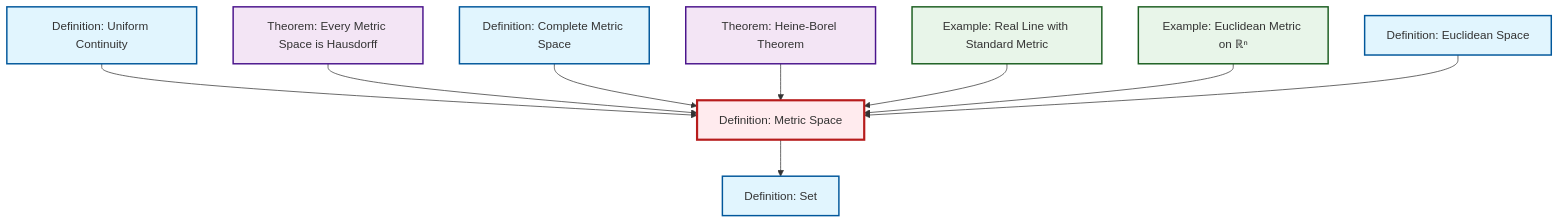
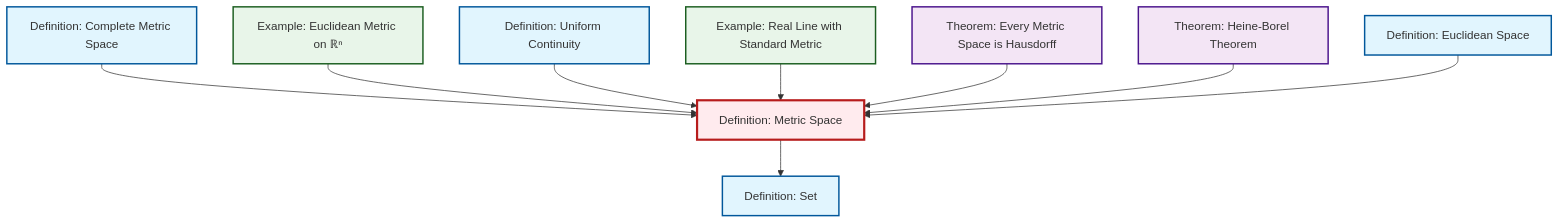
The diagram in content/ja/analysis/def-metric-space.qmd (RK0429/ModernMath), drawn with Mermaid before and after one commit. The commit also changed other lines of this file and 491 other files, not shown here.

````diff
--- a/content/ja/analysis/def-metric-space.qmd
+++ b/content/ja/analysis/def-metric-space.qmd
@@ -51,35 +51,35 @@
 ```{mermaid}
 %%| fig-cap: "Local dependency graph"
 graph TD
     classDef definition fill:#e1f5fe,stroke:#01579b,stroke-width:2px
     classDef theorem fill:#f3e5f5,stroke:#4a148c,stroke-width:2px
     classDef axiom fill:#fff3e0,stroke:#e65100,stroke-width:2px
     classDef example fill:#e8f5e9,stroke:#1b5e20,stroke-width:2px
     classDef current fill:#ffebee,stroke:#b71c1c,stroke-width:3px
+    ex-real-line-metric["Example: Real Line with Standard Metric"]:::example
+    def-complete-metric-space["Definition: Complete Metric Space"]:::definition
+    thm-heine-borel["Theorem: Heine-Borel Theorem"]:::theorem
+    ex-euclidean-metric["Example: Euclidean Metric on ℝⁿ"]:::example
+    def-uniform-continuity["Definition: Uniform Continuity"]:::definition
+    def-euclidean-space["Definition: Euclidean Space"]:::definition
+    def-set["Definition: Set"]:::definition
     def-metric-space["Definition: Metric Space"]:::definition
-    def-set["Definition: Set"]:::definition
-    ex-real-line-metric["Example: Real Line with Standard Metric"]:::example
-    ex-euclidean-metric["Example: Euclidean Metric on ℝⁿ"]:::example
-    def-complete-metric-space["Definition: Complete Metric Space"]:::definition
-    def-euclidean-space["Definition: Euclidean Space"]:::definition
-    thm-heine-borel["Theorem: Heine-Borel Theorem"]:::theorem
     thm-metric-hausdorff["Theorem: Every Metric Space is Hausdorff"]:::theorem
-    def-uniform-continuity["Definition: Uniform Continuity"]:::definition
-    def-uniform-continuity --> def-metric-space
-    thm-metric-hausdorff --> def-metric-space
     def-complete-metric-space --> def-metric-space
-    thm-heine-borel --> def-metric-space
-    ex-real-line-metric --> def-metric-space
     def-metric-space --> def-set
     ex-euclidean-metric --> def-metric-space
+    def-uniform-continuity --> def-metric-space
+    ex-real-line-metric --> def-metric-space
+    thm-metric-hausdorff --> def-metric-space
+    thm-heine-borel --> def-metric-space
     def-euclidean-space --> def-metric-space
     class def-metric-space current
+    click ex-real-line-metric "ex-real-line-metric.html" "Example: Real Line with Standard Metricへ"
+    click def-complete-metric-space "def-complete-metric-space.html" "Definition: Complete Metric Spaceへ"
+    click thm-heine-borel "thm-heine-borel.html" "Theorem: Heine-Borel Theoremへ"
+    click ex-euclidean-metric "ex-euclidean-metric.html" "Example: Euclidean Metric on ℝⁿへ"
+    click def-uniform-continuity "def-uniform-continuity.html" "Definition: Uniform Continuityへ"
+    click def-euclidean-space "def-euclidean-space.html" "Definition: Euclidean Spaceへ"
     click def-set "def-set.html" "Definition: Setへ"
-    click ex-real-line-metric "ex-real-line-metric.html" "Example: Real Line with Standard Metricへ"
-    click ex-euclidean-metric "ex-euclidean-metric.html" "Example: Euclidean Metric on ℝⁿへ"
-    click def-complete-metric-space "def-complete-metric-space.html" "Definition: Complete Metric Spaceへ"
-    click def-euclidean-space "def-euclidean-space.html" "Definition: Euclidean Spaceへ"
-    click thm-heine-borel "thm-heine-borel.html" "Theorem: Heine-Borel Theoremへ"
     click thm-metric-hausdorff "thm-metric-hausdorff.html" "Theorem: Every Metric Space is Hausdorffへ"
-    click def-uniform-continuity "def-uniform-continuity.html" "Definition: Uniform Continuityへ"
 ```
````
